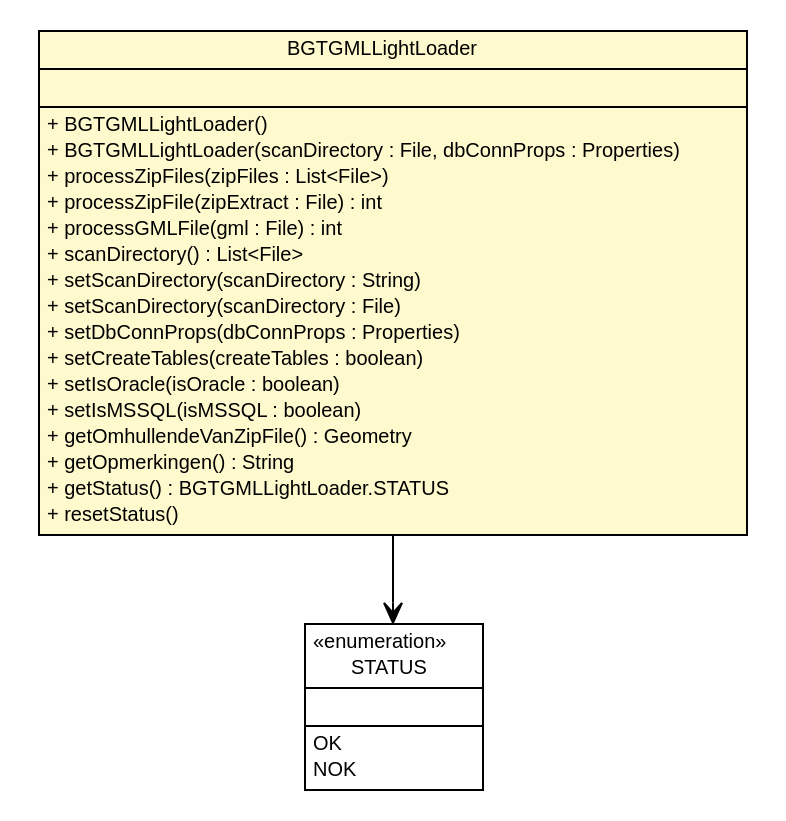
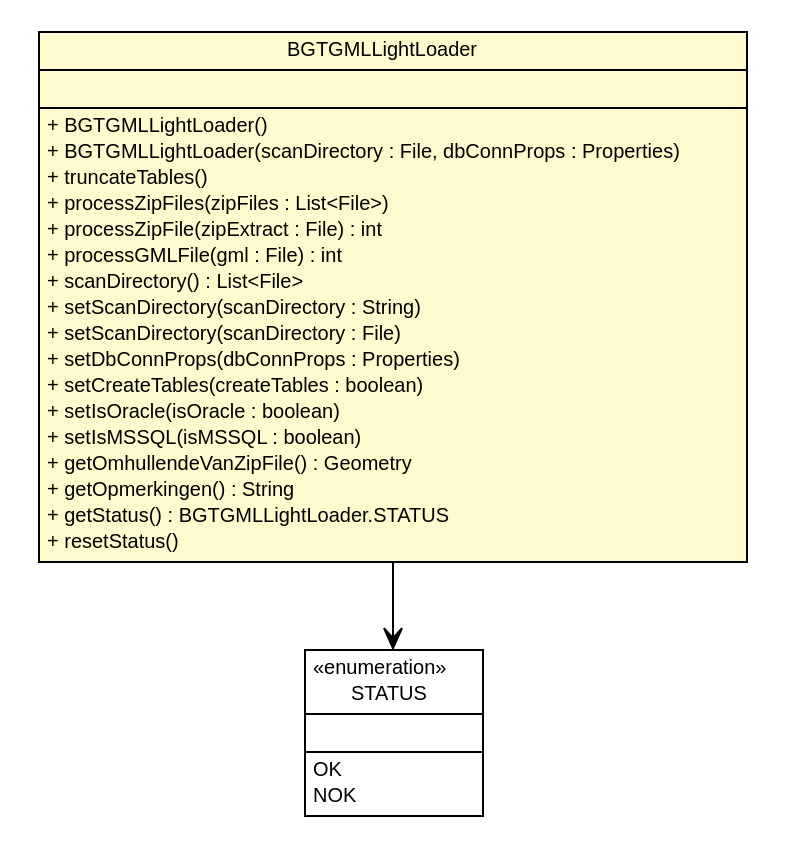
One commit to B3Partners/brmo changed the diagram in bgt-gml-loader/apidocs/nl/b3p/brmo/loader/gml/BGTGMLLightLoader.dot. Above: the diagram before and after it, drawn with Graphviz. The commit also changed 4551 other files, not shown here.

```diff
--- a/bgt-gml-loader/apidocs/nl/b3p/brmo/loader/gml/BGTGMLLightLoader.dot
+++ b/bgt-gml-loader/apidocs/nl/b3p/brmo/loader/gml/BGTGMLLightLoader.dot
@@ -1,55 +1,56 @@
 #!/usr/local/bin/dot
 #
 # Class diagram 
 # Generated by UMLGraph version R5_6-24-gf6e263 (http://www.umlgraph.org/)
 #
 
 digraph G {
 	edge [fontname="Helvetica",fontsize=10,labelfontname="Helvetica",labelfontsize=10];
 	node [fontname="Helvetica",fontsize=10,shape=plaintext];
 	nodesep=0.25;
 	ranksep=0.5;
 	// nl.b3p.brmo.loader.gml.BGTGMLLightLoader
-	c126 [label=<<table title="nl.b3p.brmo.loader.gml.BGTGMLLightLoader" border="0" cellborder="1" cellspacing="0" cellpadding="2" port="p" bgcolor="lemonChiffon" href="./BGTGMLLightLoader.html">
+	c135 [label=<<table title="nl.b3p.brmo.loader.gml.BGTGMLLightLoader" border="0" cellborder="1" cellspacing="0" cellpadding="2" port="p" bgcolor="lemonChiffon" href="./BGTGMLLightLoader.html">
 		<tr><td><table border="0" cellspacing="0" cellpadding="1">
 <tr><td align="center" balign="center"> BGTGMLLightLoader </td></tr>
 		</table></td></tr>
 		<tr><td><table border="0" cellspacing="0" cellpadding="1">
 <tr><td align="left" balign="left">  </td></tr>
 		</table></td></tr>
 		<tr><td><table border="0" cellspacing="0" cellpadding="1">
 <tr><td align="left" balign="left"> + BGTGMLLightLoader() </td></tr>
 <tr><td align="left" balign="left"> + BGTGMLLightLoader(scanDirectory : File, dbConnProps : Properties) </td></tr>
+<tr><td align="left" balign="left"> + truncateTables() </td></tr>
 <tr><td align="left" balign="left"> + processZipFiles(zipFiles : List&lt;File&gt;) </td></tr>
 <tr><td align="left" balign="left"> + processZipFile(zipExtract : File) : int </td></tr>
 <tr><td align="left" balign="left"> + processGMLFile(gml : File) : int </td></tr>
 <tr><td align="left" balign="left"> + scanDirectory() : List&lt;File&gt; </td></tr>
 <tr><td align="left" balign="left"> + setScanDirectory(scanDirectory : String) </td></tr>
 <tr><td align="left" balign="left"> + setScanDirectory(scanDirectory : File) </td></tr>
 <tr><td align="left" balign="left"> + setDbConnProps(dbConnProps : Properties) </td></tr>
 <tr><td align="left" balign="left"> + setCreateTables(createTables : boolean) </td></tr>
 <tr><td align="left" balign="left"> + setIsOracle(isOracle : boolean) </td></tr>
 <tr><td align="left" balign="left"> + setIsMSSQL(isMSSQL : boolean) </td></tr>
 <tr><td align="left" balign="left"> + getOmhullendeVanZipFile() : Geometry </td></tr>
 <tr><td align="left" balign="left"> + getOpmerkingen() : String </td></tr>
 <tr><td align="left" balign="left"> + getStatus() : BGTGMLLightLoader.STATUS </td></tr>
 <tr><td align="left" balign="left"> + resetStatus() </td></tr>
 		</table></td></tr>
 		</table>>, URL="./BGTGMLLightLoader.html", fontname="Helvetica", fontcolor="black", fontsize=10.0];
 	// nl.b3p.brmo.loader.gml.BGTGMLLightLoader.STATUS
-	c127 [label=<<table title="nl.b3p.brmo.loader.gml.BGTGMLLightLoader.STATUS" border="0" cellborder="1" cellspacing="0" cellpadding="2" port="p" href="./BGTGMLLightLoader.STATUS.html">
+	c136 [label=<<table title="nl.b3p.brmo.loader.gml.BGTGMLLightLoader.STATUS" border="0" cellborder="1" cellspacing="0" cellpadding="2" port="p" href="./BGTGMLLightLoader.STATUS.html">
 		<tr><td><table border="0" cellspacing="0" cellpadding="1">
 <tr><td align="center" balign="center"> &#171;enumeration&#187; </td></tr>
 <tr><td align="center" balign="center"> STATUS </td></tr>
 		</table></td></tr>
 		<tr><td><table border="0" cellspacing="0" cellpadding="1">
 <tr><td align="left" balign="left">  </td></tr>
 		</table></td></tr>
 		<tr><td><table border="0" cellspacing="0" cellpadding="1">
 <tr><td align="left" balign="left"> OK </td></tr>
 <tr><td align="left" balign="left"> NOK </td></tr>
 		</table></td></tr>
 		</table>>, URL="./BGTGMLLightLoader.STATUS.html", fontname="Helvetica", fontcolor="black", fontsize=10.0];
 	// nl.b3p.brmo.loader.gml.BGTGMLLightLoader NAVASSOC nl.b3p.brmo.loader.gml.BGTGMLLightLoader.STATUS
-	c126:p -> c127:p [taillabel="", label="", headlabel="", fontname="Helvetica", fontcolor="black", fontsize=10.0, color="black", arrowhead=open];
+	c135:p -> c136:p [taillabel="", label="", headlabel="", fontname="Helvetica", fontcolor="black", fontsize=10.0, color="black", arrowhead=open];
 }
```
